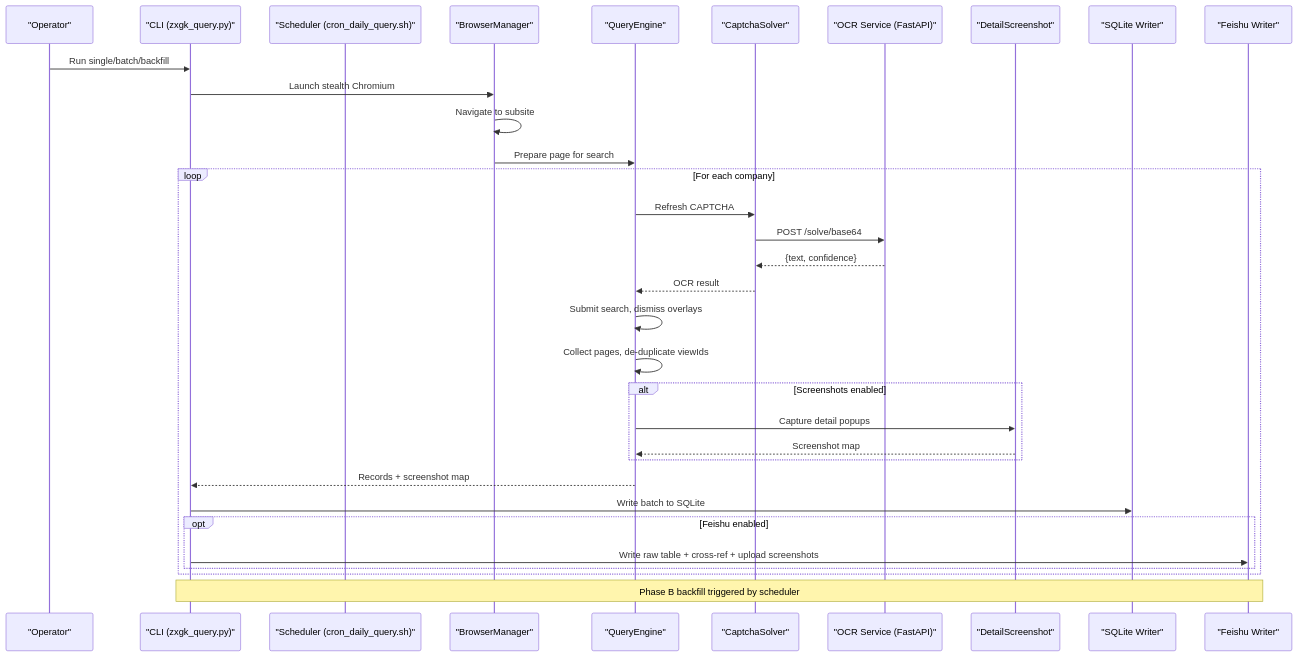
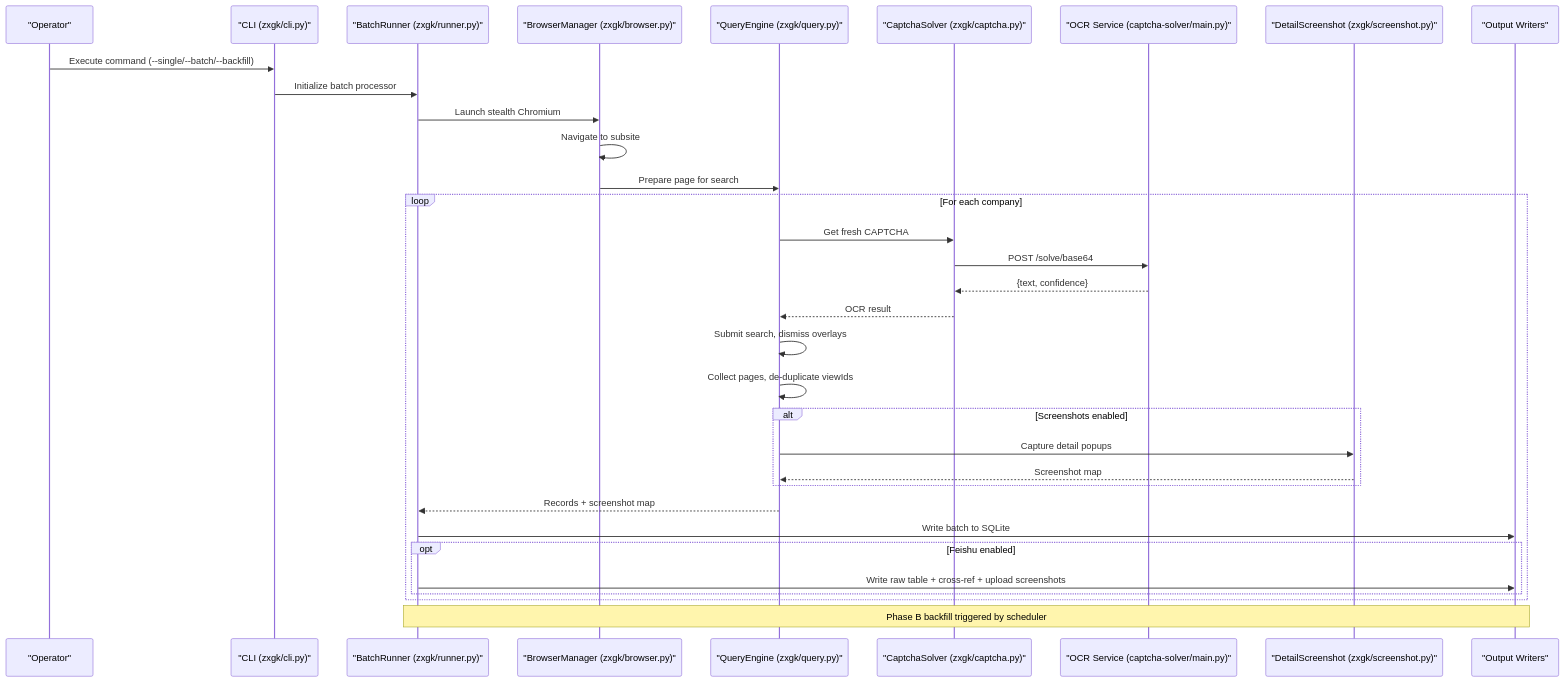
One commit to supotato-ipj/zxgk_auto_query-skill changed the second of 10 diagrams in .qoder/repowiki/en/content/Core Architecture/Core Architecture.md. Above: the diagram before and after it, drawn with Mermaid. The commit also changed other lines of this file and 24 other files, not shown here.

````diff
--- a/.qoder/repowiki/en/content/Core Architecture/Core Architecture.md
+++ b/.qoder/repowiki/en/content/Core Architecture/Core Architecture.md
@@ -141,35 +237,35 @@
 ```mermaid
 sequenceDiagram
 participant User as "Operator"
-participant CLI as "CLI (zxgk_query.py)"
-participant Cron as "Scheduler (cron_daily_query.sh)"
-participant BM as "BrowserManager"
-participant QE as "QueryEngine"
-participant CAPT as "CaptchaSolver"
-participant OCR as "OCR Service (FastAPI)"
-participant DS as "DetailScreenshot"
-participant SQL as "SQLite Writer"
-participant FS as "Feishu Writer"
-User->>CLI : Run single/batch/backfill
-CLI->>BM : Launch stealth Chromium
-BM->>BM : Navigate to subsite
-BM->>QE : Prepare page for search
+participant CLI as "CLI (zxgk/cli.py)"
+participant Runner as "BatchRunner (zxgk/runner.py)"
+participant Browser as "BrowserManager (zxgk/browser.py)"
+participant Query as "QueryEngine (zxgk/query.py)"
+participant Captcha as "CaptchaSolver (zxgk/captcha.py)"
+participant OCR as "OCR Service (captcha-solver/main.py)"
+participant Screenshot as "DetailScreenshot (zxgk/screenshot.py)"
+participant Writers as "Output Writers"
+User->>CLI : Execute command (--single/--batch/--backfill)
+CLI->>Runner : Initialize batch processor
+Runner->>Browser : Launch stealth Chromium
+Browser->>Browser : Navigate to subsite
+Browser->>Query : Prepare page for search
 loop For each company
-QE->>CAPT : Refresh CAPTCHA
-CAPT->>OCR : POST /solve/base64
-OCR-->>CAPT : {text, confidence}
-CAPT-->>QE : OCR result
-QE->>QE : Submit search, dismiss overlays
-QE->>QE : Collect pages, de-duplicate viewIds
+Query->>Captcha : Get fresh CAPTCHA
+Captcha->>OCR : POST /solve/base64
+OCR-->>Captcha : {text, confidence}
+Captcha-->>Query : OCR result
+Query->>Query : Submit search, dismiss overlays
+Query->>Query : Collect pages, de-duplicate viewIds
 alt Screenshots enabled
-QE->>DS : Capture detail popups
-DS-->>QE : Screenshot map
+Query->>Screenshot : Capture detail popups
+Screenshot-->>Query : Screenshot map
 end
-QE-->>CLI : Records + screenshot map
-CLI->>SQL : Write batch to SQLite
+Query-->>Runner : Records + screenshot map
+Runner->>Writers : Write batch to SQLite
 opt Feishu enabled
-CLI->>FS : Write raw table + cross-ref + upload screenshots
+Runner->>Writers : Write raw table + cross-ref + upload screenshots
 end
 end
-Note over CLI,FS : Phase B backfill triggered by scheduler
+Note over Runner,Writers : Phase B backfill triggered by scheduler
 ```
````
